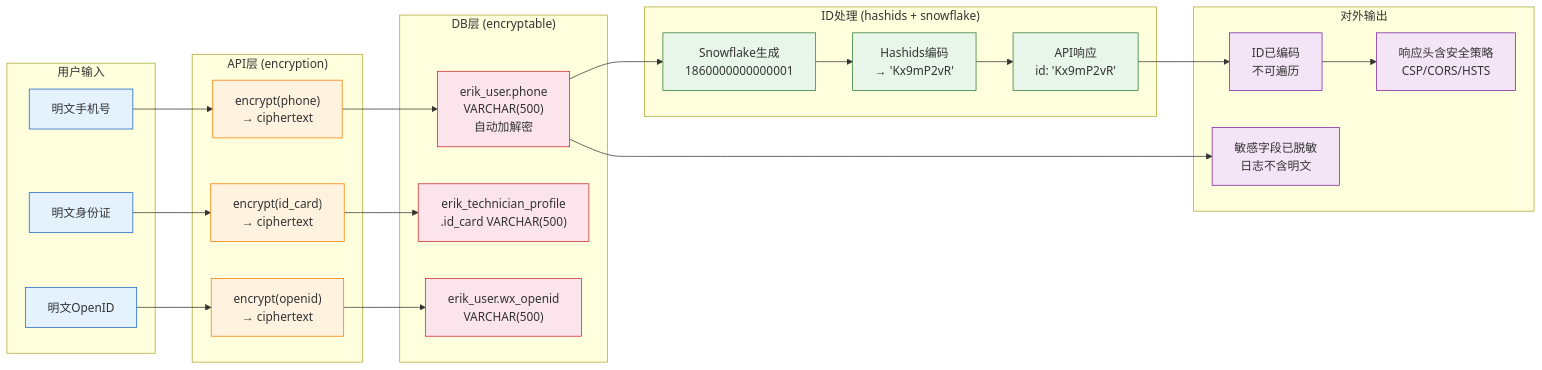
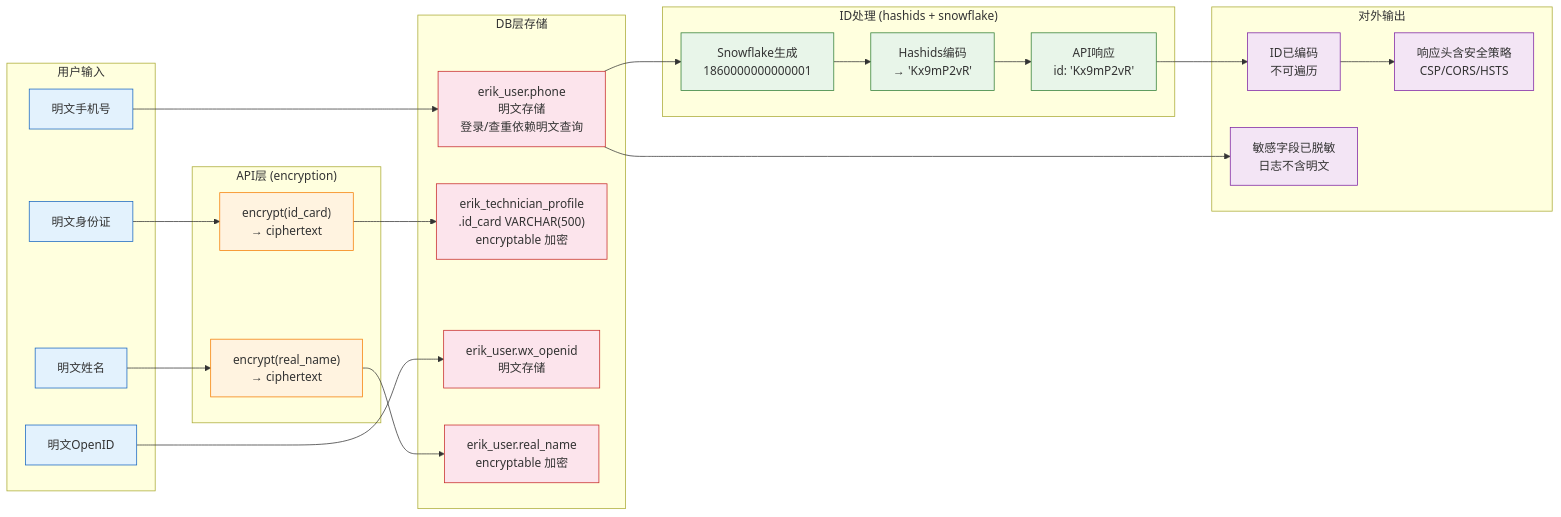
One commit to erikwang2013/appointment-php changed the fourth of 4 diagrams in docs/diagrams/SECURITY-ARCHITECTURE.md. Above: the diagram before and after it, drawn with Mermaid. The commit also changed other lines of this file and 11 other files, not shown here.

First line of the commit message:
文档图集同步至当前代码：修复安全图 phone/wx_openid 加密错误、新增管理端防护层与 Redis 缓存/响应契约/模型共享节点、支付图更新为下单算价+回调消费两段式

````diff
--- a/docs/diagrams/SECURITY-ARCHITECTURE.md
+++ b/docs/diagrams/SECURITY-ARCHITECTURE.md
@@ -165,52 +176,54 @@
 ```mermaid
 flowchart LR
     subgraph 输入["用户输入"]
         I1["明文手机号"]
         I2["明文身份证"]
         I3["明文OpenID"]
+        I4["明文姓名"]
     end
 
     subgraph API加密["API层 (encryption)"]
-        E1["encrypt(phone)<br/>→ ciphertext"]
-        E2["encrypt(id_card)<br/>→ ciphertext"]
-        E3["encrypt(openid)<br/>→ ciphertext"]
+        E1["encrypt(id_card)<br/>→ ciphertext"]
+        E2["encrypt(real_name)<br/>→ ciphertext"]
     end
 
-    subgraph DB存储["DB层 (encryptable)"]
-        D1["erik_user.phone<br/>VARCHAR(500)<br/>自动加解密"]
-        D2["erik_technician_profile<br/>.id_card VARCHAR(500)"]
-        D3["erik_user.wx_openid<br/>VARCHAR(500)"]
+    subgraph DB存储["DB层存储"]
+        D1["erik_user.phone<br/>明文存储<br/>登录/查重依赖明文查询"]
+        D2["erik_technician_profile<br/>.id_card VARCHAR(500)<br/>encryptable 加密"]
+        D3["erik_user.wx_openid<br/>明文存储"]
+        D4["erik_user.real_name<br/>encryptable 加密"]
     end
 
     subgraph ID处理["ID处理 (hashids + snowflake)"]
         H1["Snowflake生成<br/>1860000000000001"]
         H2["Hashids编码<br/>→ 'Kx9mP2vR'"]
         H3["API响应<br/>id: 'Kx9mP2vR'"]
     end
 
     subgraph 输出["对外输出"]
         O1["ID已编码<br/>不可遍历"]
         O2["敏感字段已脱敏<br/>日志不含明文"]
         O3["响应头含安全策略<br/>CSP/CORS/HSTS"]
     end
 
-    I1 --> E1 --> D1
-    I2 --> E2 --> D2
-    I3 --> E3 --> D3
+    I1 --> D1
+    I2 --> E1 --> D2
+    I3 --> D3
+    I4 --> E2 --> D4
     D1 --> H1 --> H2 --> H3
     H3 --> O1
     D1 --> O2
     O1 --> O3
 
     classDef input fill:#e3f2fd,stroke:#1565c0,color:#333
     classDef encrypt fill:#fff3e0,stroke:#f57c00,color:#333
     classDef db fill:#fce4ec,stroke:#c62828,color:#333
     classDef id fill:#e8f5e9,stroke:#2e7d32,color:#333
     classDef output fill:#f3e5f5,stroke:#7b1fa2,color:#333
 
-    class I1,I2,I3 input
-    class E1,E2,E3 encrypt
-    class D1,D2,D3 db
+    class I1,I2,I3,I4 input
+    class E1,E2 encrypt
+    class D1,D2,D3,D4 db
     class H1,H2,H3 id
     class O1,O2,O3 output
 ```
````
